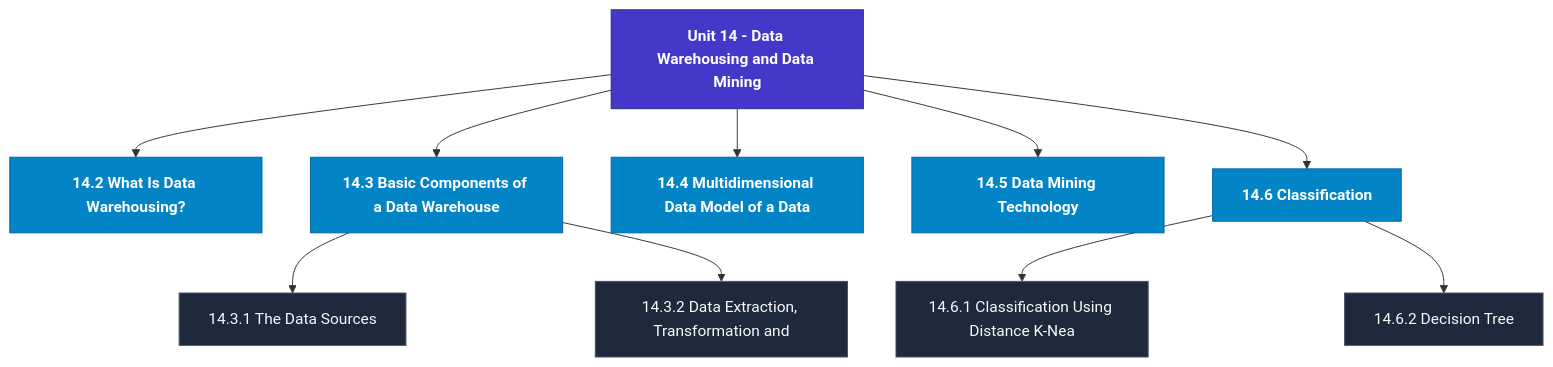
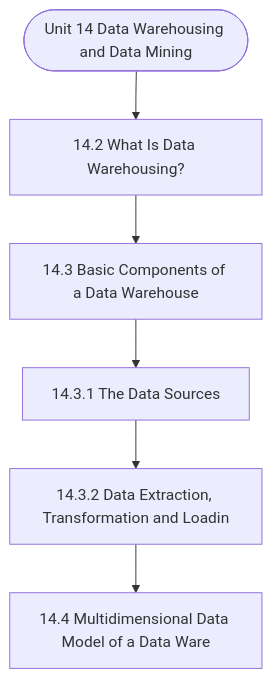
One commit to Asutosh-Coaching/mscdsa changed the diagram in notes/Semester_1/MCS-207_Database_Management_Systems/unit_14_Data_Warehousing_and_Data_Mining.md. Above: the diagram before and after it, drawn with Mermaid. The commit also changed other lines of this file and 115 other files, not shown here.

Commit message:
Fix Mermaid layout for mobile, isolate LaTeX delimiters, and add GitHub Pages reader

````diff
--- a/notes/Semester_1/MCS-207_Database_Management_Systems/unit_14_Data_Warehousing_and_Data_Mining.md
+++ b/notes/Semester_1/MCS-207_Database_Management_Systems/unit_14_Data_Warehousing_and_Data_Mining.md
@@ -19,27 +19,14 @@
 ```mermaid
 flowchart TD
-  %% Styling Definitions
-  classDef head fill:#4338ca,stroke:#312e81,color:#ffffff,font-weight:bold;
-  classDef topic fill:#0284c7,stroke:#0369a1,color:#ffffff,font-weight:600;
-  classDef sub fill:#1e293b,stroke:#475569,color:#f8fafc;
-
-  Root["Unit 14 - Data Warehousing and Data Mining"]:::head
-  M1["14.2 What Is Data Warehousing?"]:::topic
-  Root --> M1
-  M2["14.3 Basic Components of a Data Warehouse"]:::topic
-  Root --> M2
-  M2_1["14.3.1 The Data Sources"]:::sub
-  M2 --> M2_1
-  M2_2["14.3.2 Data Extraction, Transformation and"]:::sub
-  M2 --> M2_2
-  M3["14.4 Multidimensional Data Model of a Data"]:::topic
-  Root --> M3
-  M4["14.5 Data Mining Technology"]:::topic
-  Root --> M4
-  M5["14.6 Classification"]:::topic
-  Root --> M5
-  M5_1["14.6.1 Classification Using Distance K-Nea"]:::sub
-  M5 --> M5_1
-  M5_2["14.6.2 Decision Tree"]:::sub
-  M5 --> M5_2
+  Start(["Unit 14 Data Warehousing and Data Mining"])
+  N1["14.2 What Is Data Warehousing?"]
+  N2["14.3 Basic Components of a Data Warehouse"]
+  N3["14.3.1 The Data Sources"]
+  N4["14.3.2 Data Extraction, Transformation and Loadin"]
+  N5["14.4 Multidimensional Data Model of a Data Ware"]
+  Start --> N1
+  N1 --> N2
+  N2 --> N3
+  N3 --> N4
+  N4 --> N5
 ```
````
